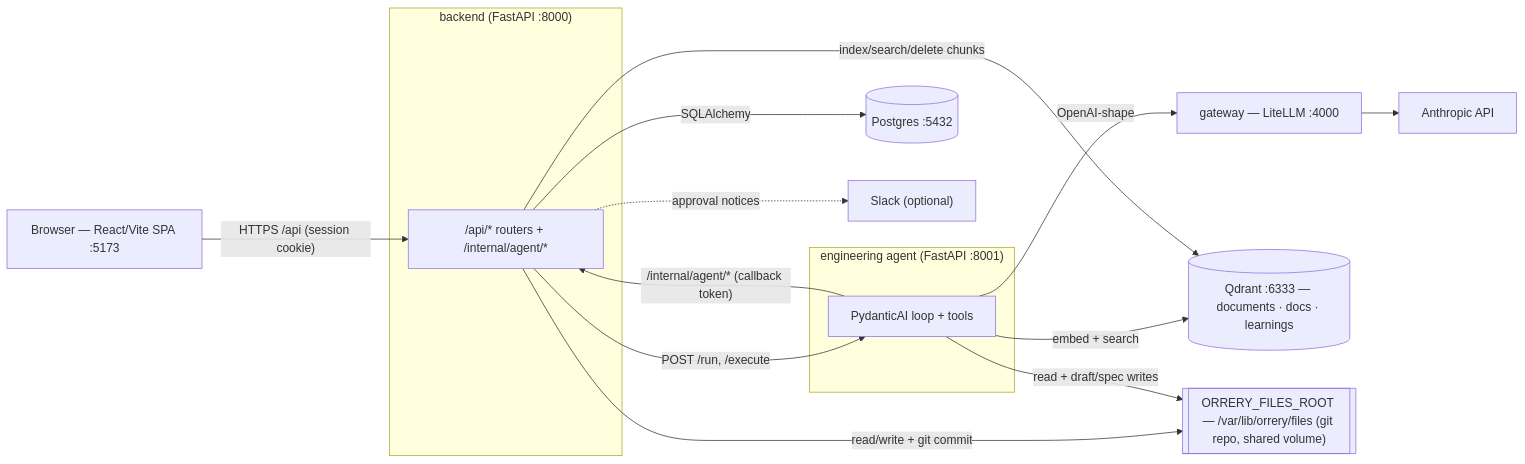
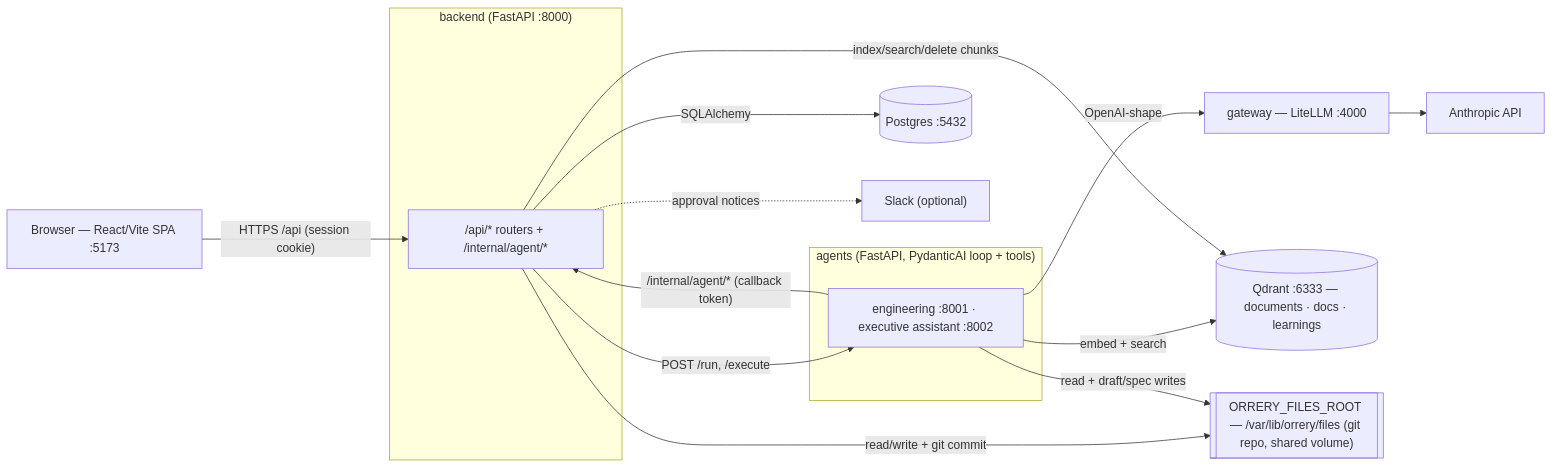
The first of 7 diagrams in docs/architecture-current-state.md (jgronktn/orrery), drawn with Mermaid before and after one commit. The commit also changed other lines of this file and 2 other files, not shown here.

First line of the commit message:
docs: refresh README + architecture + decisions for the EA and recent features

````diff
--- a/docs/architecture-current-state.md
+++ b/docs/architecture-current-state.md
@@ -15,31 +15,31 @@
 ```mermaid
 flowchart LR
   browser["Browser — React/Vite SPA :5173"]
 
   subgraph backendsvc["backend (FastAPI :8000)"]
     api["/api/* routers + /internal/agent/*"]
   end
 
-  subgraph agentsvc["engineering agent (FastAPI :8001)"]
-    agentloop["PydanticAI loop + tools"]
+  subgraph agentsvc["agents (FastAPI, PydanticAI loop + tools)"]
+    agentloop["engineering :8001 · executive assistant :8002"]
   end
 
   gateway["gateway — LiteLLM :4000"]
   anthropic["Anthropic API"]
   pg[("Postgres :5432")]
   qdrant[("Qdrant :6333 — documents · docs · learnings")]
   files[["ORRERY_FILES_ROOT — /var/lib/orrery/files (git repo, shared volume)"]]
   slack["Slack (optional)"]
 
   browser -->|"HTTPS /api (session cookie)"| api
   api -->|SQLAlchemy| pg
   api -->|"POST /run, /execute"| agentloop
   agentloop -->|"/internal/agent/* (callback token)"| api
   agentloop -->|"OpenAI-shape"| gateway
   gateway --> anthropic
   agentloop -->|"embed + search"| qdrant
   api -->|"index/search/delete chunks"| qdrant
   api -->|"read/write + git commit"| files
   agentloop -->|"read + draft/spec writes"| files
   api -.->|"approval notices"| slack
 ```
````
